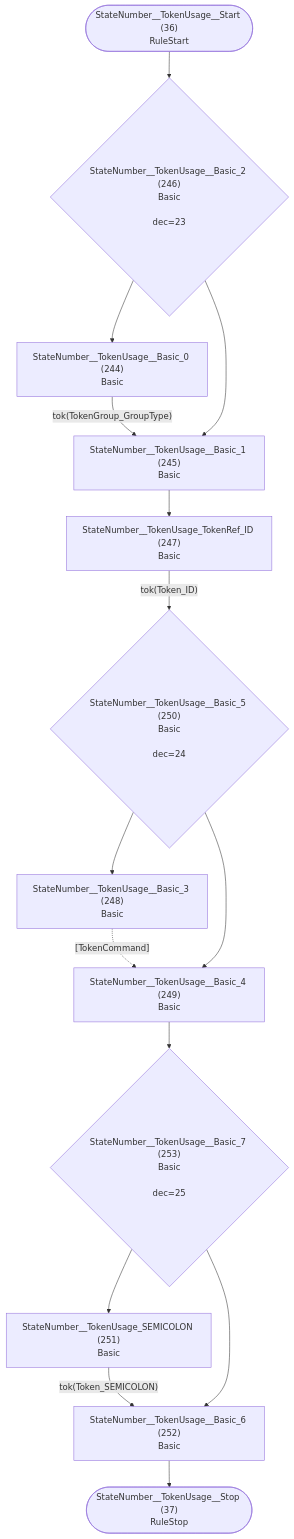
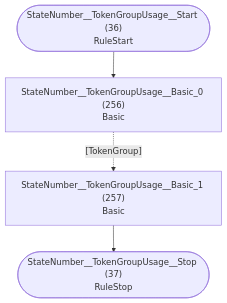
Diagram 19 of 37 in internal/grammar/atn.md (TypeFox/fastbelt), drawn with Mermaid before and after one commit. The commit also changed other lines of this file and 10 other files, not shown here.

Commit message:
Add group type and command to token groups

````diff
--- a/internal/grammar/atn.md
+++ b/internal/grammar/atn.md
@@ -563,30 +587,11 @@
 ```mermaid
 flowchart TD
-    q36(["StateNumber__TokenUsage__Start (36)<br/>RuleStart"])
-    q37(["StateNumber__TokenUsage__Stop (37)<br/>RuleStop"])
-    q244["StateNumber__TokenUsage__Basic_0 (244)<br/>Basic<br/>"]
-    q245["StateNumber__TokenUsage__Basic_1 (245)<br/>Basic<br/>"]
-    q246{"StateNumber__TokenUsage__Basic_2 (246)<br/>Basic<br/><br/>dec=23"}
-    q247["StateNumber__TokenUsage_TokenRef_ID (247)<br/>Basic<br/>"]
-    q248["StateNumber__TokenUsage__Basic_3 (248)<br/>Basic<br/>"]
-    q249["StateNumber__TokenUsage__Basic_4 (249)<br/>Basic<br/>"]
-    q250{"StateNumber__TokenUsage__Basic_5 (250)<br/>Basic<br/><br/>dec=24"}
-    q251["StateNumber__TokenUsage_SEMICOLON (251)<br/>Basic<br/>"]
-    q252["StateNumber__TokenUsage__Basic_6 (252)<br/>Basic<br/>"]
-    q253{"StateNumber__TokenUsage__Basic_7 (253)<br/>Basic<br/><br/>dec=25"}
+    q36(["StateNumber__TokenGroupUsage__Start (36)<br/>RuleStart"])
+    q37(["StateNumber__TokenGroupUsage__Stop (37)<br/>RuleStop"])
+    q256["StateNumber__TokenGroupUsage__Basic_0 (256)<br/>Basic<br/>"]
+    q257["StateNumber__TokenGroupUsage__Basic_1 (257)<br/>Basic<br/>"]
 
-    q36 --> q246
-    q244 -->|"tok(TokenGroup_GroupType)"| q245
-    q245 --> q247
-    q246 --> q244
-    q246 --> q245
-    q247 -->|"tok(Token_ID)"| q250
-    q248 -.->|"[TokenCommand]"| q249
-    q249 --> q253
-    q250 --> q248
-    q250 --> q249
-    q251 -->|"tok(Token_SEMICOLON)"| q252
-    q252 --> q37
-    q253 --> q251
-    q253 --> q252
+    q36 --> q256
+    q256 -.->|"[TokenGroup]"| q257
+    q257 --> q37
 ```
````
